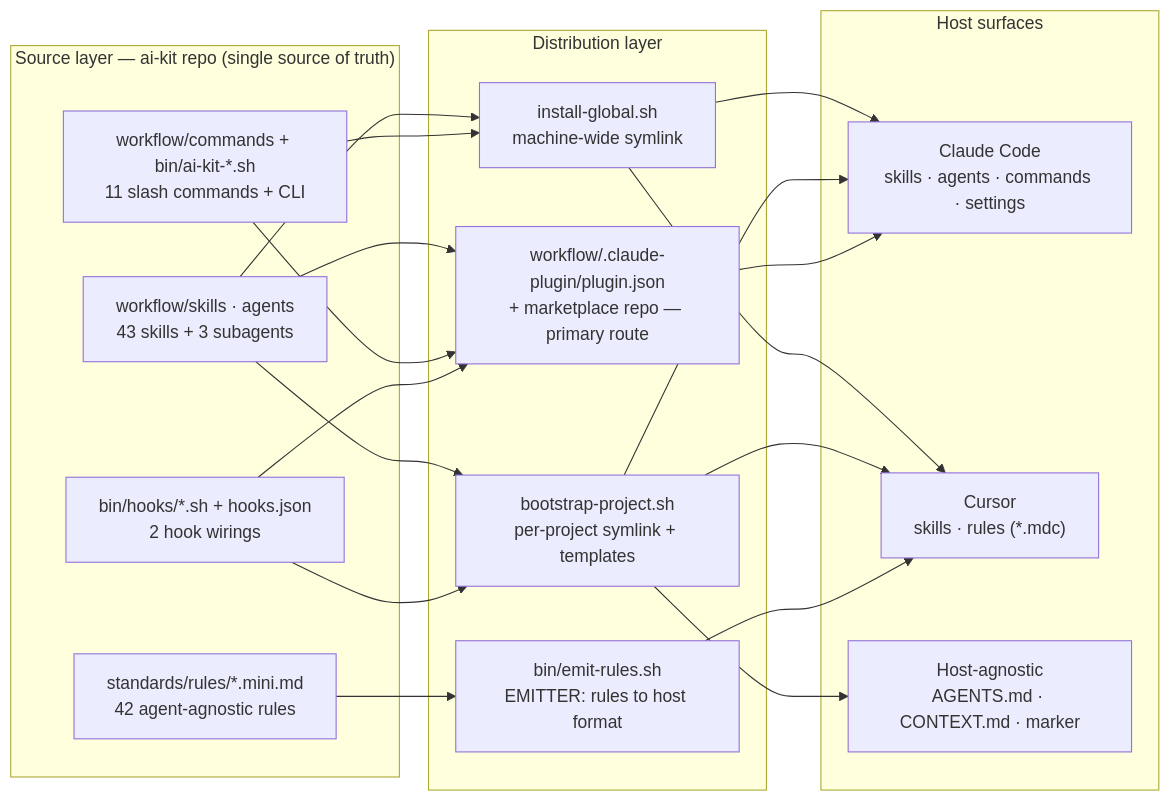
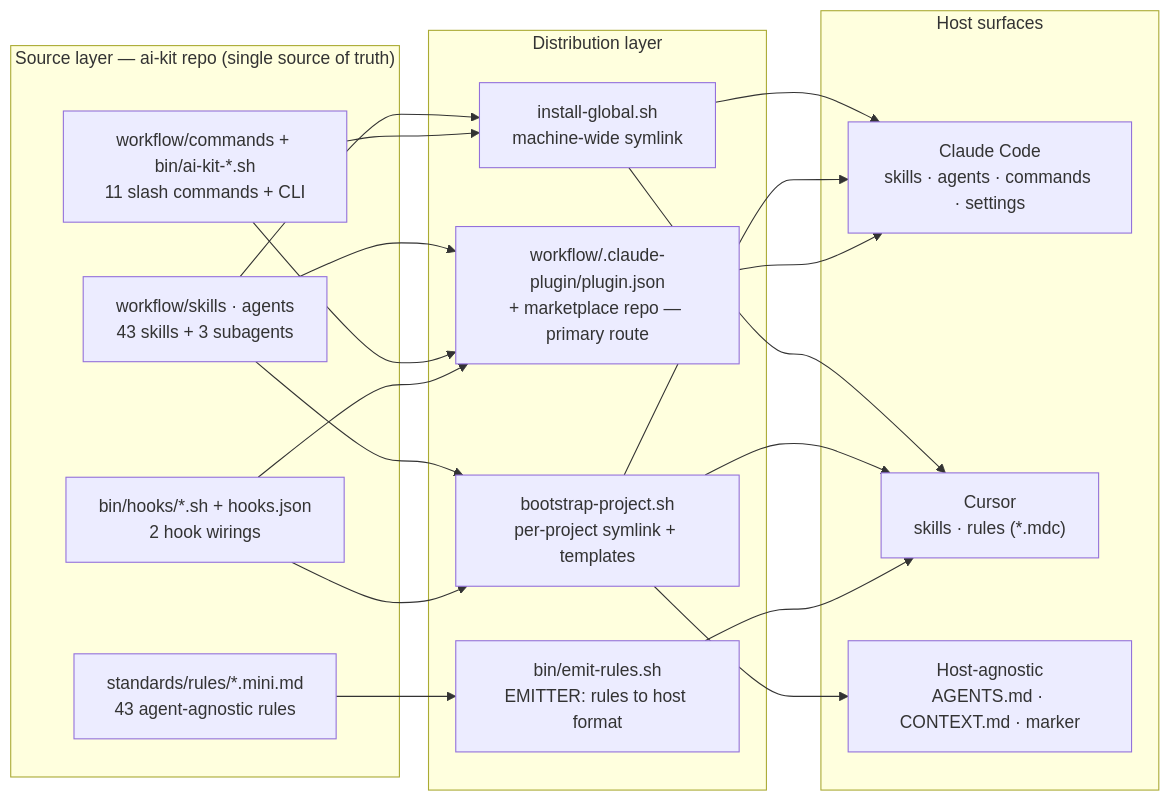
Before and after one commit to yusufkaracaburun/ai-kit: the first of 2 diagrams in docs/diagrams.md, drawn with Mermaid. The commit also changed 5 other files, not shown here.

First line of the commit message:
feat(rules): add ui-states.mini.md, record ai-design-skills verdict

````diff
--- a/docs/diagrams.md
+++ b/docs/diagrams.md
@@ -10,32 +10,32 @@
 ```mermaid
 flowchart LR
   subgraph SRC["Source layer — ai-kit repo (single source of truth)"]
     SA["workflow/skills · agents<br/>43 skills + 3 subagents"]
     CB["workflow/commands + bin/ai-kit-*.sh<br/>11 slash commands + CLI"]
     H["bin/hooks/*.sh + hooks.json<br/>2 hook wirings"]
-    R["standards/rules/*.mini.md<br/>42 agent-agnostic rules"]
+    R["standards/rules/*.mini.md<br/>43 agent-agnostic rules"]
   end
 
   subgraph DIST["Distribution layer"]
     IG["install-global.sh<br/>machine-wide symlink"]
     PL["workflow/.claude-plugin/plugin.json<br/>+ marketplace repo — primary route"]
     BP["bootstrap-project.sh<br/>per-project symlink + templates"]
     ER["bin/emit-rules.sh<br/>EMITTER: rules to host format"]
   end
 
   subgraph HOSTS["Host surfaces"]
     CC["Claude Code<br/>skills · agents · commands · settings"]
     CU["Cursor<br/>skills · rules (*.mdc)"]
     HA["Host-agnostic<br/>AGENTS.md · CONTEXT.md · marker"]
   end
 
   SA --> IG & BP & PL
   CB --> IG & PL
   H --> PL & BP
   R --> ER
 
   IG --> CC & CU
   BP --> CC & CU & HA
   PL --> CC
   ER --> CU
 ```
````
